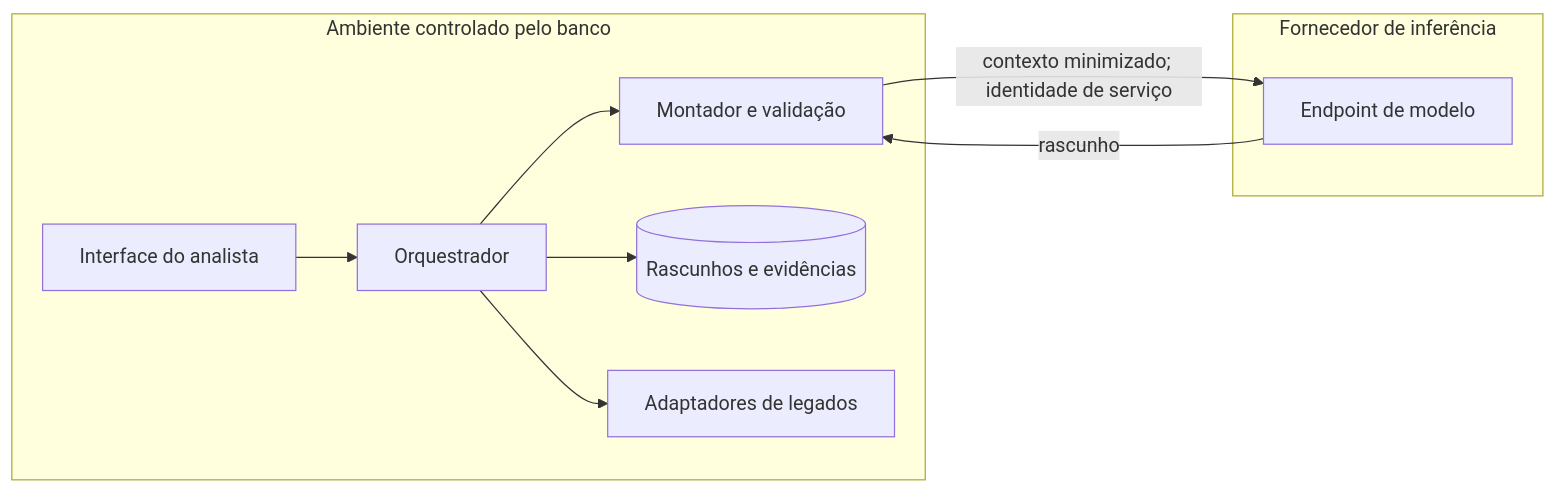
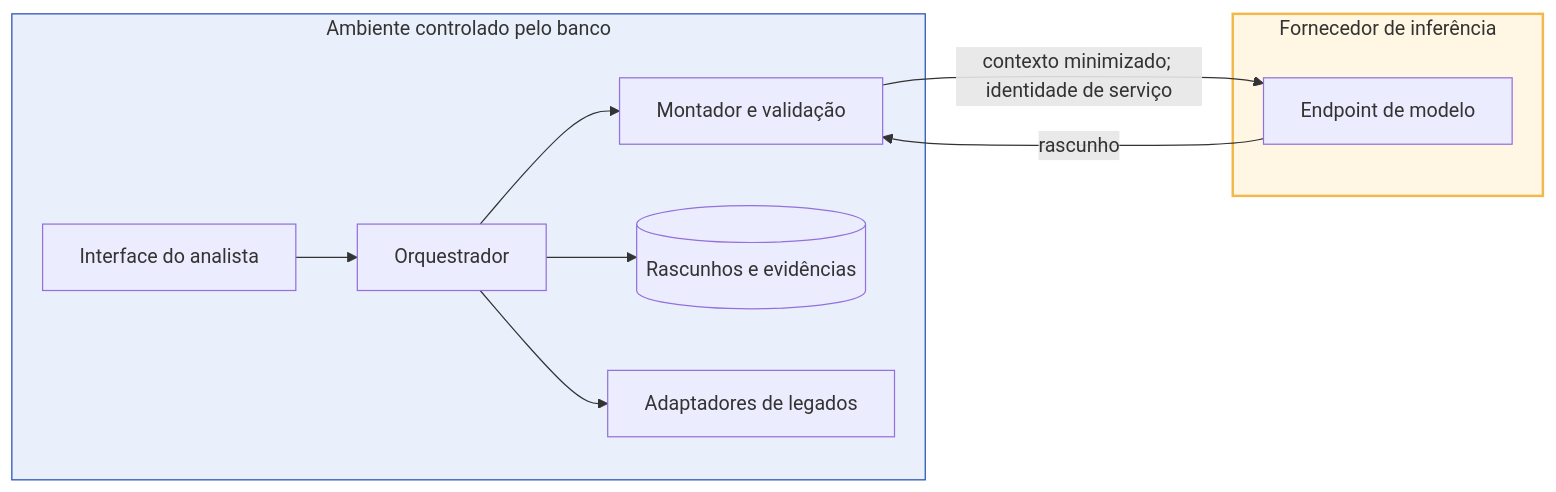
Before and after one commit to aulas-marco/arquitetura-solucoes-ia-generativa: the third of 3 diagrams in docs/modulo-2-desenho-conceitual/exemplo-arquitetural.md, drawn with Mermaid. The commit also changed other lines of this file and 3 other files, not shown here.

First line of the commit message:
Adiciona cores semânticas aos diagramas e explica as seções analíticas do exemplo arquitetural

````diff
--- a/docs/modulo-2-desenho-conceitual/exemplo-arquitetural.md
+++ b/docs/modulo-2-desenho-conceitual/exemplo-arquitetural.md
@@ -103,19 +110,22 @@
 ```mermaid
 flowchart LR
     subgraph B["Ambiente controlado pelo banco"]
         UI[Interface do analista]
         O[Orquestrador]
         M[Montador e validação]
         D[(Rascunhos e evidências)]
         L[Adaptadores de legados]
         UI --> O
         O --> M
         O --> D
         O --> L
     end
     subgraph F["Fornecedor de inferência"]
         I[Endpoint de modelo]
     end
     M -->|contexto minimizado; identidade de serviço| I
     I -->|rascunho| M
+
+    style B fill:#EAF0FB,stroke:#254DB8,stroke-width:1px;
+    style F fill:#FFF7E3,stroke:#F2B84B,stroke-width:2px;
 ```
````
